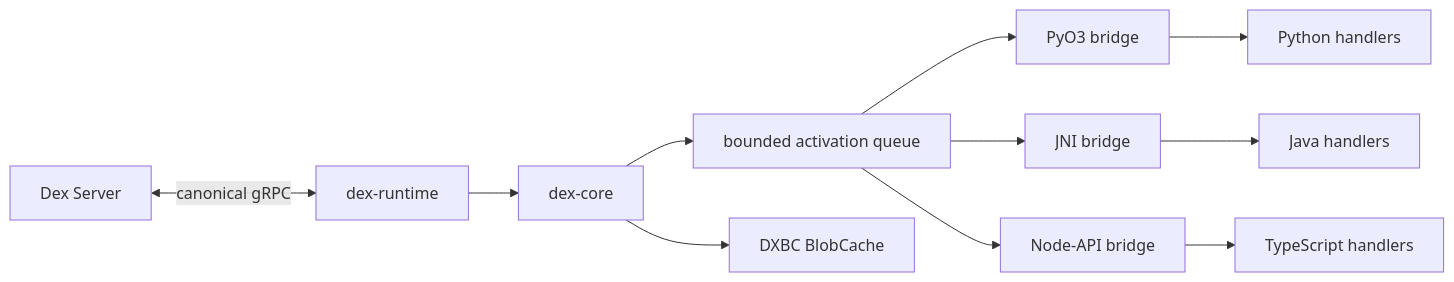
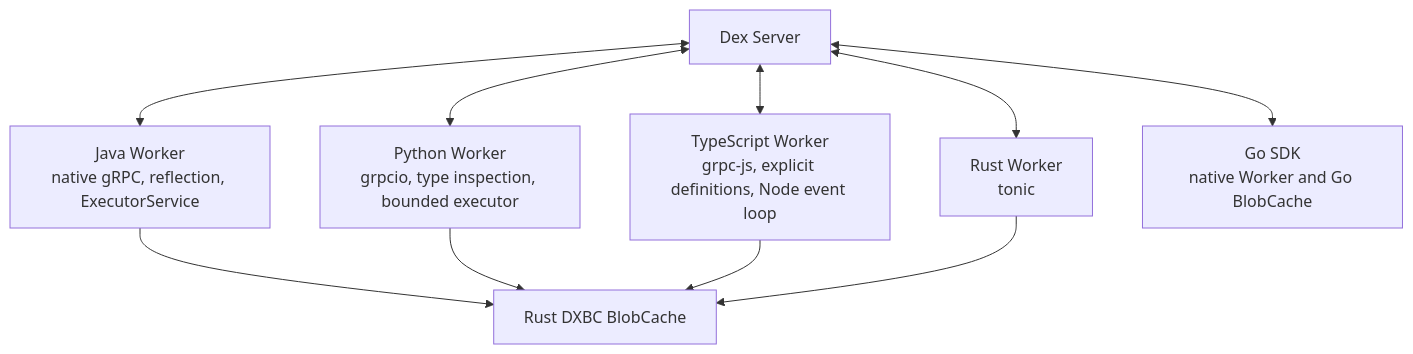
Before and after one commit to superdurable/dex: the diagram in docs/design/multi-language-rust-sdk-core.md, drawn with Mermaid. The commit also changed other lines of this file and 1 other file, not shown here.

Commit message:
docs: revise multi-language SDK runtime architecture

````diff
--- a/docs/design/multi-language-rust-sdk-core.md
+++ b/docs/design/multi-language-rust-sdk-core.md
@@ -237,13 +73,20 @@
 ```mermaid
-flowchart LR
-    S["Dex Server"] <-->|"canonical gRPC"| R["dex-runtime"]
-    R --> C["dex-core"]
-    C --> Q["bounded activation queue"]
-    Q --> P["PyO3 bridge"]
-    Q --> J["JNI bridge"]
-    Q --> N["Node-API bridge"]
-    P --> PY["Python handlers"]
-    J --> JV["Java handlers"]
-    N --> TS["TypeScript handlers"]
-    C --> B["DXBC BlobCache"]
+flowchart TB
+    Server["Dex Server"]
+    Java["Java Worker<br/>native gRPC, reflection, ExecutorService"]
+    Python["Python Worker<br/>grpcio, type inspection, bounded executor"]
+    TypeScript["TypeScript Worker<br/>grpc-js, explicit definitions, Node event loop"]
+    RustWorker["Rust Worker<br/>tonic"]
+    Cache["Rust DXBC BlobCache"]
+    Go["Go SDK<br/>native Worker and Go BlobCache"]
+
+    Server <--> Java
+    Server <--> Python
+    Server <--> TypeScript
+    Server <--> RustWorker
+    Server <--> Go
+    Java --> Cache
+    Python --> Cache
+    TypeScript --> Cache
+    RustWorker --> Cache
 ```
````
